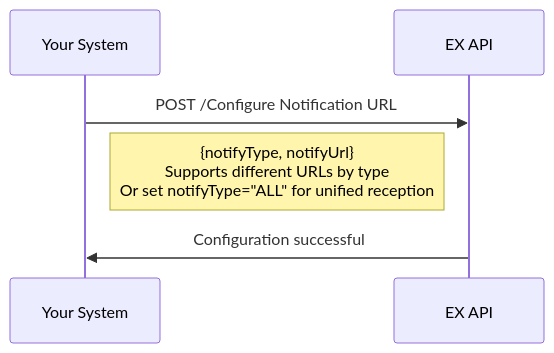
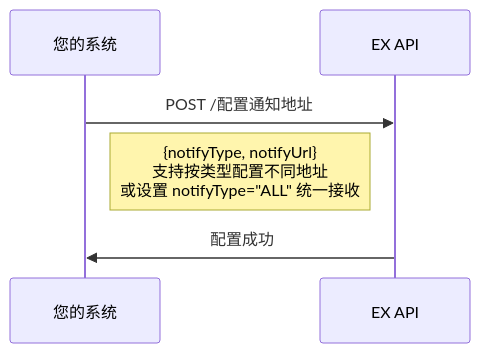
The first of 16 diagrams in Solutions/solutions/crypto-solutions-cn.md (xiaoxiaoangie/EX-NEW), drawn with Mermaid before and after one commit. The commit also changed other lines of this file and 36 other files, not shown here.

````diff
--- a/Solutions/solutions/crypto-solutions-cn.md
+++ b/Solutions/solutions/crypto-solutions-cn.md
@@ -133,9 +133,9 @@
 ```mermaid
 sequenceDiagram
-    participant You as Your System
+    participant You as 您的系统
     participant EX as EX API
 
-    You->>EX: POST /Configure Notification URL
-    Note right of You: {notifyType, notifyUrl}<br/>Supports different URLs by type<br/>Or set notifyType="ALL" for unified reception
-    EX->>You: Configuration successful
+    You->>EX: POST /配置通知地址
+    Note right of You: {notifyType, notifyUrl}<br/>支持按类型配置不同地址<br/>或设置 notifyType="ALL" 统一接收
+    EX->>You: 配置成功
 ```
````
